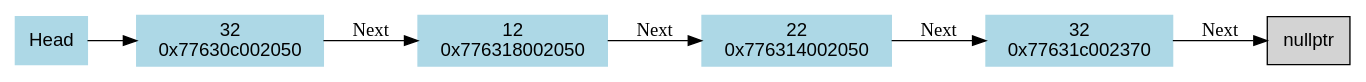
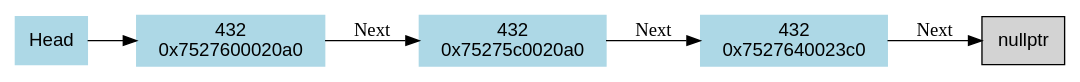
The diagram in utils/graphviz/linkedList.dot (HenryD11703/estructuras-de-datos), drawn with Graphviz before and after one commit. The commit also changed 6 other files, not shown here.

Commit message:
Add HTTP endpoints for doubly linked list and doubly circular list operations; implement insert, delete, search, and graph generation functionalities

```diff
--- a/utils/graphviz/linkedList.dot
+++ b/utils/graphviz/linkedList.dot
@@ -1,15 +1,13 @@
 digraph g {
 node [shape=box, style=filled, fontname="Helvetica"];
 Head [label="Head", color=lightblue, fillcolor=lightblue];
-Head ->"0x77630c002050"
-"0x77630c002050"[label="32\n0x77630c002050", color=lightblue, fillcolor=lightblue];
-"0x77630c002050" -> "0x776318002050"[label="Next", color=black];
-"0x776318002050"[label="12\n0x776318002050", color=lightblue, fillcolor=lightblue];
-"0x776318002050" -> "0x776314002050"[label="Next", color=black];
-"0x776314002050"[label="22\n0x776314002050", color=lightblue, fillcolor=lightblue];
-"0x776314002050" -> "0x77631c002370"[label="Next", color=black];
-"0x77631c002370"[label="32\n0x77631c002370", color=lightblue, fillcolor=lightblue];
-"0x77631c002370" -> nullptr [label="Next", color=black];
+Head ->"0x7527600020a0"
+"0x7527600020a0"[label="432\n0x7527600020a0", color=lightblue, fillcolor=lightblue];
+"0x7527600020a0" -> "0x75275c0020a0"[label="Next", color=black];
+"0x75275c0020a0"[label="432\n0x75275c0020a0", color=lightblue, fillcolor=lightblue];
+"0x75275c0020a0" -> "0x7527640023c0"[label="Next", color=black];
+"0x7527640023c0"[label="432\n0x7527640023c0", color=lightblue, fillcolor=lightblue];
+"0x7527640023c0" -> nullptr [label="Next", color=black];
 rankdir=LR;
 nodesep = 0.1;
 }
```
